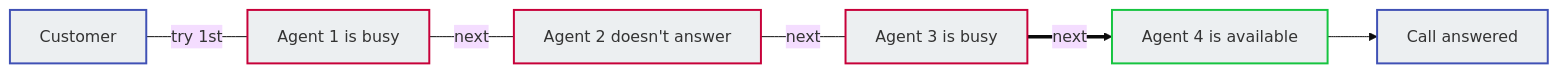
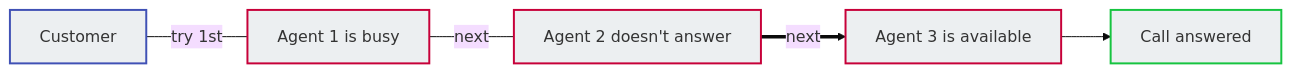
The second of 3 diagrams in docs/class5/creating-group.md (connexcs/docs), drawn with Mermaid (base theme) before and after one commit. The commit also changed other lines of this file, not shown here.

````diff
--- a/docs/class5/creating-group.md
+++ b/docs/class5/creating-group.md
@@ -33,14 +35,12 @@
 ```mermaid
 graph LR
 A[Customer] ---|try 1st| B[Agent 1 is busy]
 B ---|next| C[Agent 2 doesn't answer]
-C ---|next| D[Agent 3 is busy]
-D ==>|next| E[Agent 4 is available]
-E -->F[Call answered]
+C ==>|next| D[Agent 3 is available]
+D -->E[Call answered]
 style A fill:#ECEFF1,stroke:#4051b5,stroke-width:2px
 style B fill:#ECEFF1,stroke:#C70039,stroke-width:2px
 style C fill:#ECEFF1,stroke:#C70039,stroke-width:2px
 style D fill:#ECEFF1,stroke:#C70039,stroke-width:2px
 style E fill:#ECEFF1,stroke:#16C440,stroke-width:2px
-style F fill:#ECEFF1,stroke:#4051b5,stroke-width:2px
 ```
````
